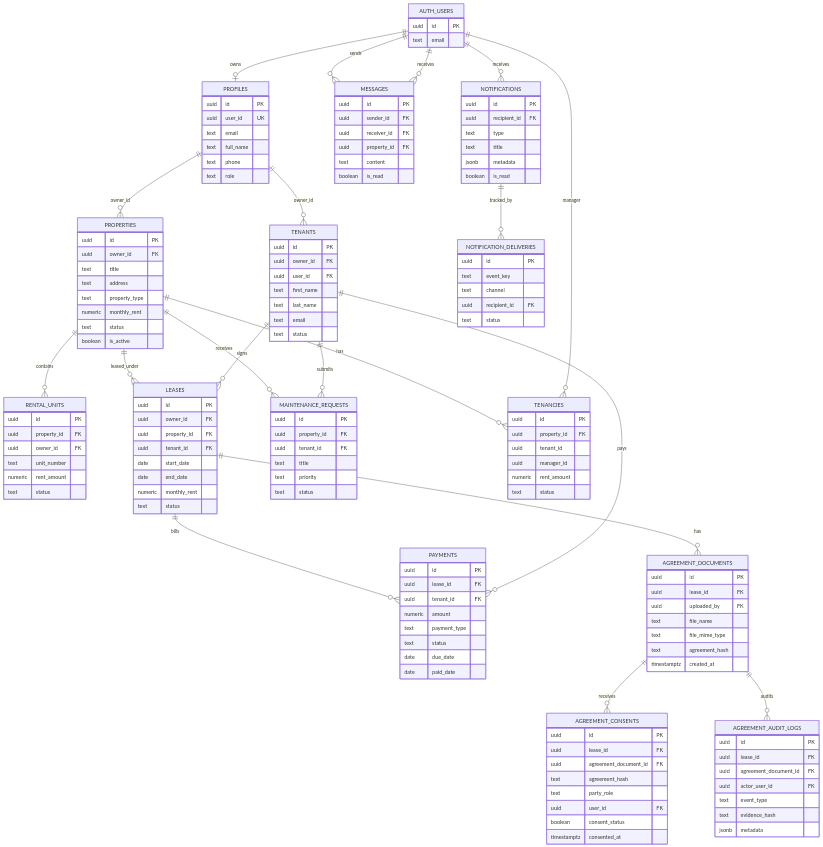
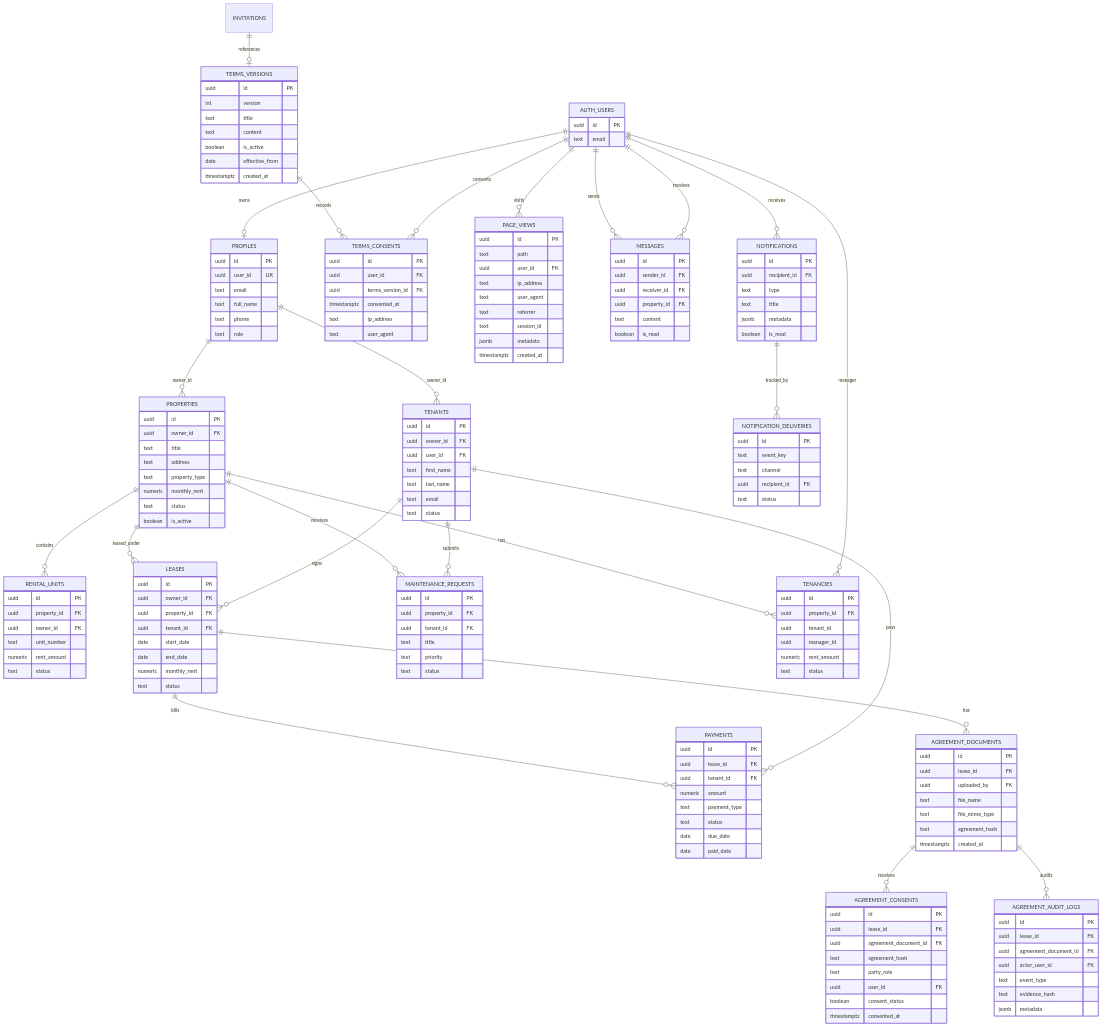
Before and after one commit to Fencher-Technologies/Afodabohousing: the diagram in docs/backend/database-schema.md, drawn with Mermaid. The commit also changed other lines of this file and 4 other files, not shown here.

First line of the commit message:
docs: add mobile implementation guide, update backend and architecture docs

````diff
--- a/docs/backend/database-schema.md
+++ b/docs/backend/database-schema.md
@@ -19,6 +19,10 @@
     TENANTS ||--o{ PAYMENTS : pays
     PROPERTIES ||--o{ MAINTENANCE_REQUESTS : receives
     TENANTS ||--o{ MAINTENANCE_REQUESTS : submits
+    TERMS_VERSIONS ||--o{ TERMS_CONSENTS : records
+    AUTH_USERS ||--o{ TERMS_CONSENTS : consents
+    AUTH_USERS ||--o{ PAGE_VIEWS : visits
+    INVITATIONS ||--o| TERMS_VERSIONS : references
     AUTH_USERS ||--o{ MESSAGES : sends
     AUTH_USERS ||--o{ MESSAGES : receives
     AUTH_USERS ||--o{ NOTIFICATIONS : receives
@@ -152,4 +156,32 @@
         numeric rent_amount
         text status
     }
+    TERMS_VERSIONS {
+        uuid id PK
+        int version
+        text title
+        text content
+        boolean is_active
+        date effective_from
+        timestamptz created_at
+    }
+    TERMS_CONSENTS {
+        uuid id PK
+        uuid user_id FK
+        uuid terms_version_id FK
+        timestamptz consented_at
+        text ip_address
+        text user_agent
+    }
+    PAGE_VIEWS {
+        uuid id PK
+        text path
+        uuid user_id FK
+        text ip_address
+        text user_agent
+        text referrer
+        text session_id
+        jsonb metadata
+        timestamptz created_at
+    }
 ```
````
